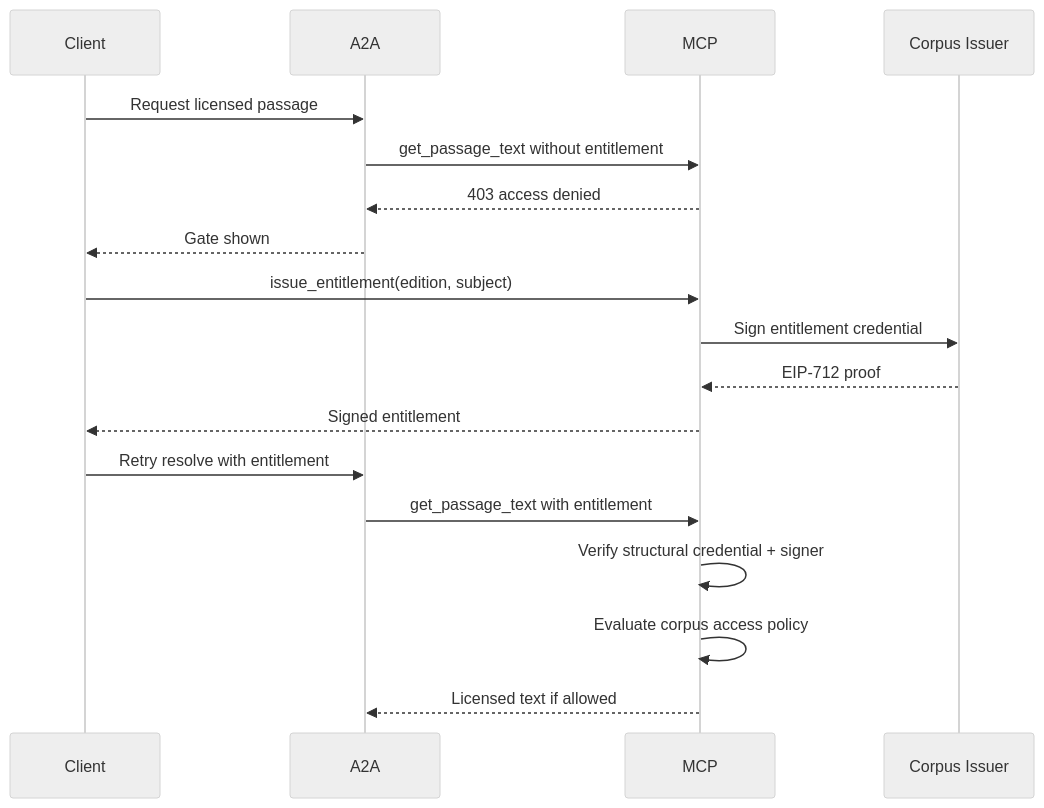
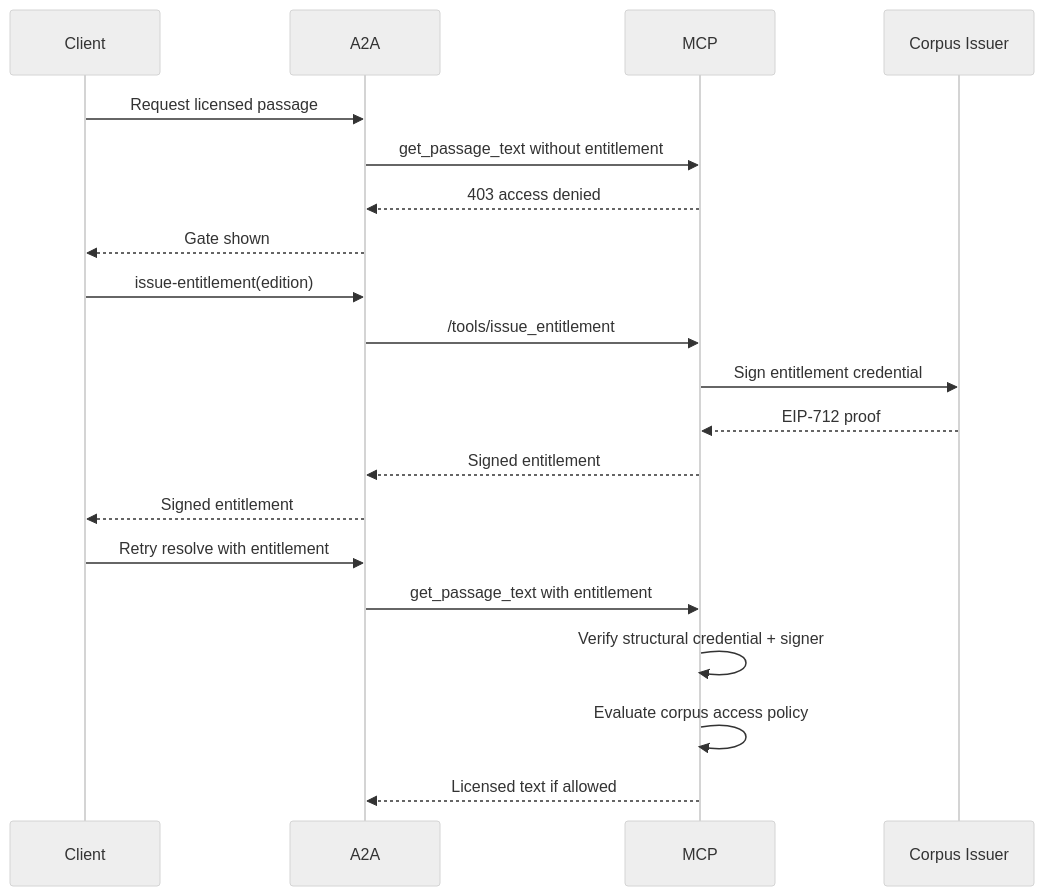
The fifth of 6 diagrams in documents/system-architecture.md (rpedersen3/verifiable-content-demo), drawn with Mermaid (neutral theme) before and after one commit. The commit also changed other lines of this file and 9 other files, not shown here.

````diff
--- a/documents/system-architecture.md
+++ b/documents/system-architecture.md
@@ -111,21 +151,23 @@
 ```mermaid
 sequenceDiagram
   participant Client
   participant A2A
   participant MCP
   participant Issuer as Corpus Issuer
 
   Client->>A2A: Request licensed passage
   A2A->>MCP: get_passage_text without entitlement
   MCP-->>A2A: 403 access denied
   A2A-->>Client: Gate shown
-  Client->>MCP: issue_entitlement(edition, subject)
+  Client->>A2A: issue-entitlement(edition)
+  A2A->>MCP: /tools/issue_entitlement
   MCP->>Issuer: Sign entitlement credential
   Issuer-->>MCP: EIP-712 proof
-  MCP-->>Client: Signed entitlement
+  MCP-->>A2A: Signed entitlement
+  A2A-->>Client: Signed entitlement
   Client->>A2A: Retry resolve with entitlement
   A2A->>MCP: get_passage_text with entitlement
   MCP->>MCP: Verify structural credential + signer
   MCP->>MCP: Evaluate corpus access policy
   MCP-->>A2A: Licensed text if allowed
 ```
````
